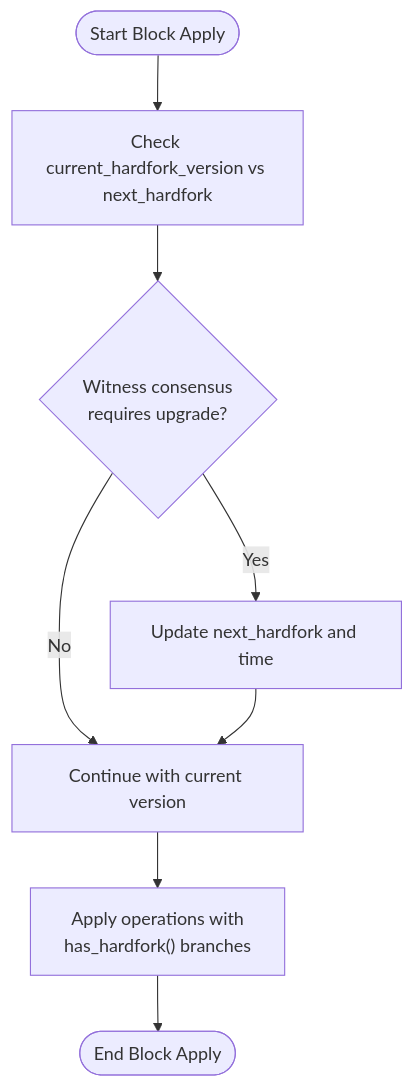
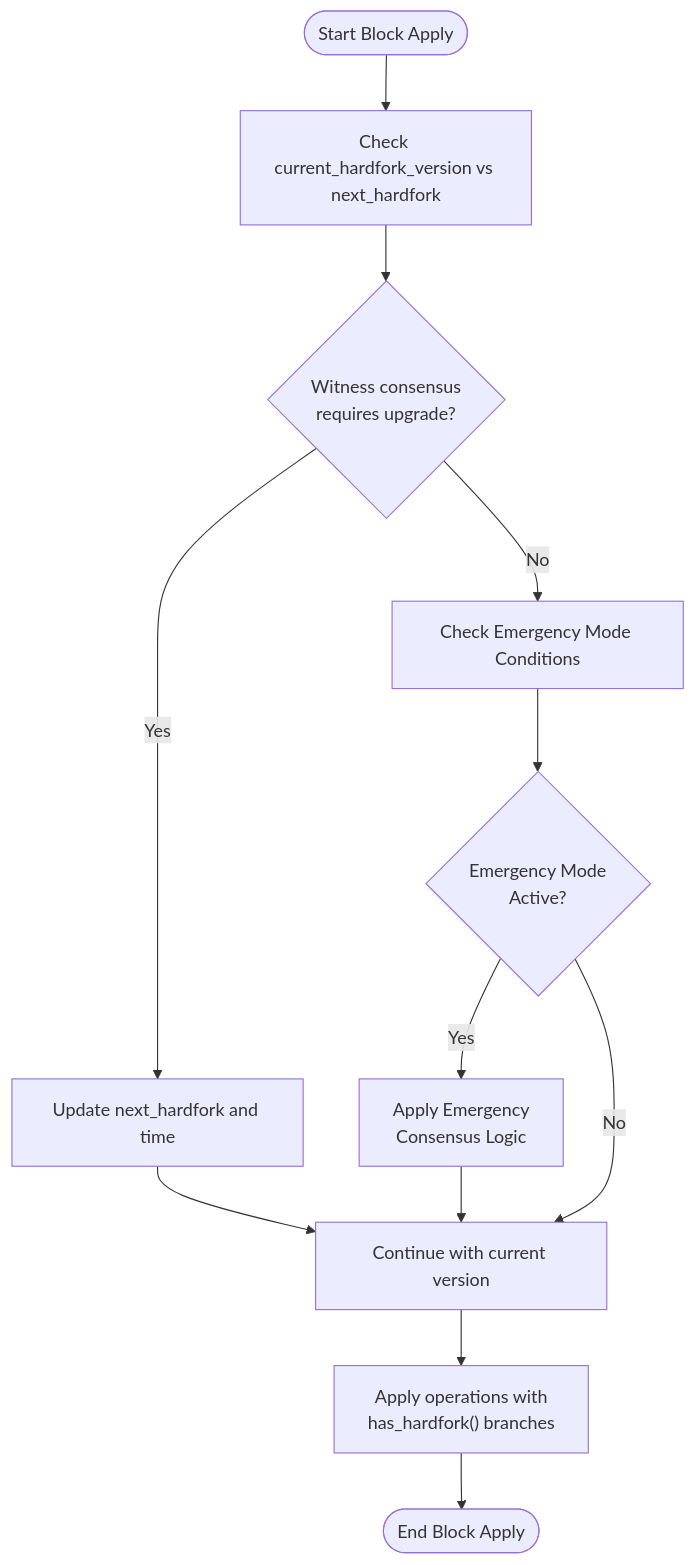
One commit to VIZ-Blockchain/viz-cpp-node changed the fifth of 7 diagrams in .qoder/repowiki/en/content/Advanced Topics/Hardfork Management.md. Above: the diagram before and after it, drawn with Mermaid. The commit also changed other lines of this file and 4 other files, not shown here.

First line of the commit message:
feat(hardfork): add HF12 emergency consensus recovery mechanisms

````diff
--- a/.qoder/repowiki/en/content/Advanced Topics/Hardfork Management.md
+++ b/.qoder/repowiki/en/content/Advanced Topics/Hardfork Management.md
@@ -204,10 +296,14 @@
 ```mermaid
 flowchart TD
 Start(["Start Block Apply"]) --> CheckHF["Check current_hardfork_version vs next_hardfork"]
 CheckHF --> Consensus{"Witness consensus<br/>requires upgrade?"}
 Consensus --> |Yes| UpdateNext["Update next_hardfork and time"]
-Consensus --> |No| Continue["Continue with current version"]
+Consensus --> |No| CheckEmergency["Check Emergency Mode Conditions"]
+CheckEmergency --> EmergencyActive{"Emergency Mode<br/>Active?"}
+EmergencyActive --> |Yes| EmergencyLogic["Apply Emergency<br/>Consensus Logic"]
+EmergencyActive --> |No| Continue["Continue with current version"]
 UpdateNext --> Continue
+EmergencyLogic --> Continue
 Continue --> ApplyOps["Apply operations with<br/>has_hardfork() branches"]
 ApplyOps --> End(["End Block Apply"])
 ```
````
